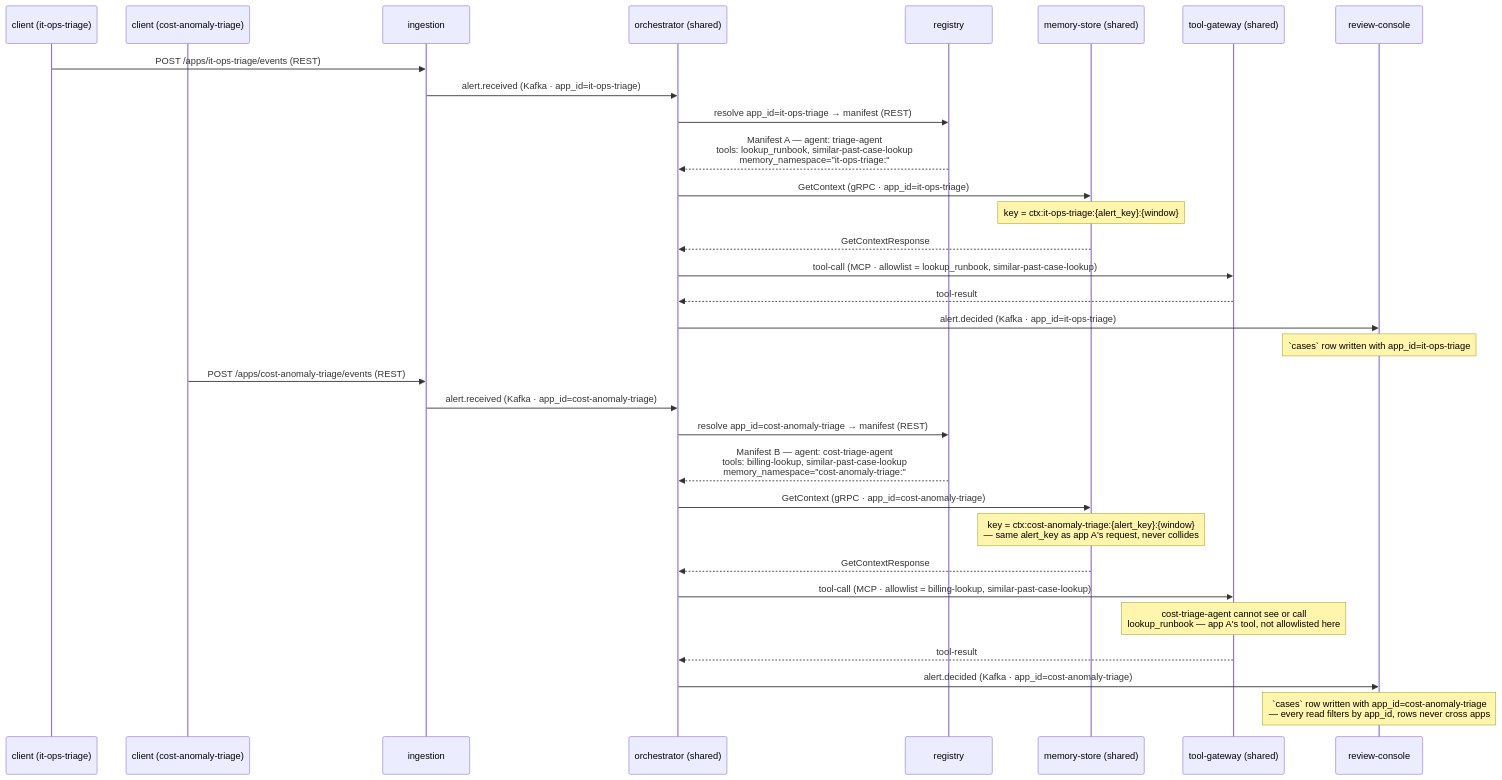
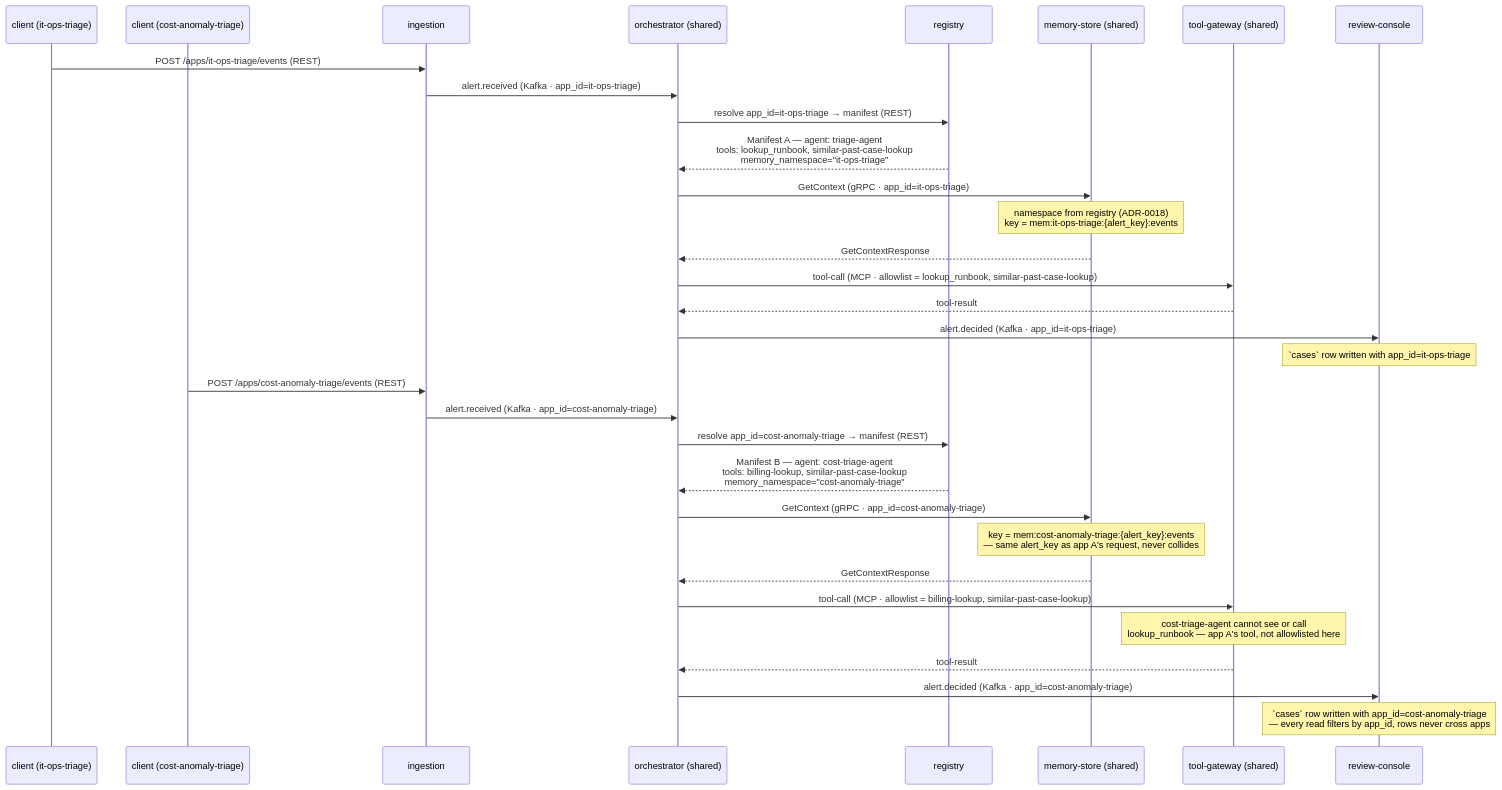
Before and after one commit to SrikanthArgp/agentic-platform: the fourth of 5 diagrams in docs/sequence_diagram.md, drawn with Mermaid. The commit also changed other lines of this file and 4 other files, not shown here.

First line of the commit message:
Docs: bring block, sequence and enterprise docs up to Day 6

````diff
--- a/docs/sequence_diagram.md
+++ b/docs/sequence_diagram.md
@@ -189,36 +195,36 @@
 ```mermaid
 sequenceDiagram
     participant ClientA as client (it-ops-triage)
     participant ClientB as client (cost-anomaly-triage)
     participant Ingestion as ingestion
     participant Orchestrator as orchestrator (shared)
     participant Registry as registry
     participant MemoryStore as memory-store (shared)
     participant ToolGateway as tool-gateway (shared)
     participant ReviewConsole as review-console
 
     ClientA->>Ingestion: POST /apps/it-ops-triage/events (REST)
     Ingestion->>Orchestrator: alert.received (Kafka · app_id=it-ops-triage)
     Orchestrator->>Registry: resolve app_id=it-ops-triage → manifest (REST)
-    Registry-->>Orchestrator: Manifest A — agent: triage-agent<br/>tools: lookup_runbook, similar-past-case-lookup<br/>memory_namespace="it-ops-triage:"
+    Registry-->>Orchestrator: Manifest A — agent: triage-agent<br/>tools: lookup_runbook, similar-past-case-lookup<br/>memory_namespace="it-ops-triage"
     Orchestrator->>MemoryStore: GetContext (gRPC · app_id=it-ops-triage)
-    Note over MemoryStore: key = ctx:it-ops-triage:{alert_key}:{window}
+    Note over MemoryStore: namespace from registry (ADR-0018)<br/>key = mem:it-ops-triage:{alert_key}:events
     MemoryStore-->>Orchestrator: GetContextResponse
     Orchestrator->>ToolGateway: tool-call (MCP · allowlist = lookup_runbook, similar-past-case-lookup)
     ToolGateway-->>Orchestrator: tool-result
     Orchestrator->>ReviewConsole: alert.decided (Kafka · app_id=it-ops-triage)
     Note over ReviewConsole: `cases` row written with app_id=it-ops-triage
 
     ClientB->>Ingestion: POST /apps/cost-anomaly-triage/events (REST)
     Ingestion->>Orchestrator: alert.received (Kafka · app_id=cost-anomaly-triage)
     Orchestrator->>Registry: resolve app_id=cost-anomaly-triage → manifest (REST)
-    Registry-->>Orchestrator: Manifest B — agent: cost-triage-agent<br/>tools: billing-lookup, similar-past-case-lookup<br/>memory_namespace="cost-anomaly-triage:"
+    Registry-->>Orchestrator: Manifest B — agent: cost-triage-agent<br/>tools: billing-lookup, similar-past-case-lookup<br/>memory_namespace="cost-anomaly-triage"
     Orchestrator->>MemoryStore: GetContext (gRPC · app_id=cost-anomaly-triage)
-    Note over MemoryStore: key = ctx:cost-anomaly-triage:{alert_key}:{window}<br/>— same alert_key as app A's request, never collides
+    Note over MemoryStore: key = mem:cost-anomaly-triage:{alert_key}:events<br/>— same alert_key as app A's request, never collides
     MemoryStore-->>Orchestrator: GetContextResponse
     Orchestrator->>ToolGateway: tool-call (MCP · allowlist = billing-lookup, similar-past-case-lookup)
     Note over ToolGateway: cost-triage-agent cannot see or call<br/>lookup_runbook — app A's tool, not allowlisted here
     ToolGateway-->>Orchestrator: tool-result
     Orchestrator->>ReviewConsole: alert.decided (Kafka · app_id=cost-anomaly-triage)
     Note over ReviewConsole: `cases` row written with app_id=cost-anomaly-triage<br/>— every read filters by app_id, rows never cross apps
 ```
````
